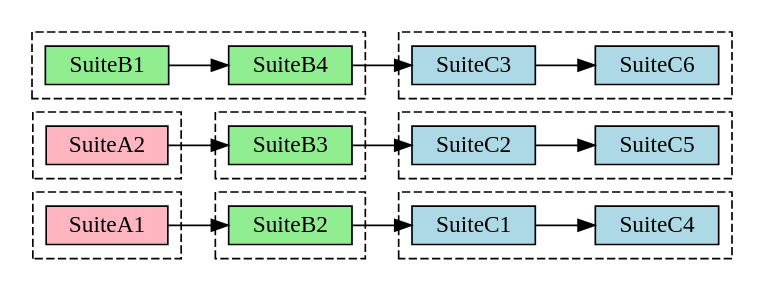
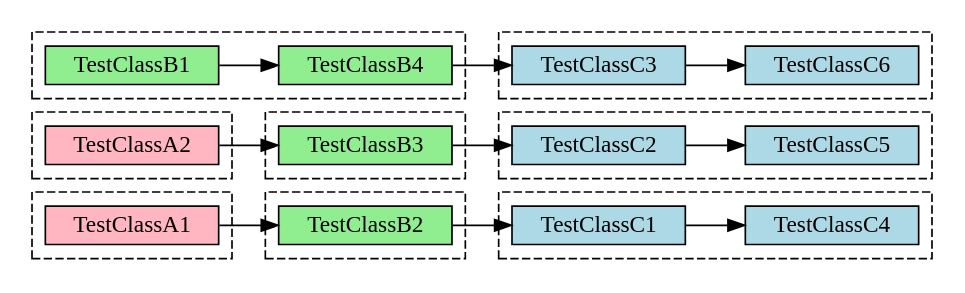
Before and after one commit to com-lihaoyi/mill: the fourth of 5 diagrams in website/blog/modules/ROOT/pages/11-jvm-test-parallelism.adoc, drawn with Graphviz. The commit also changed other lines of this file, not shown here.

````diff
--- a/website/blog/modules/ROOT/pages/11-jvm-test-parallelism.adoc
+++ b/website/blog/modules/ROOT/pages/11-jvm-test-parallelism.adoc
@@ -307,47 +316,47 @@
 ```graphviz
 digraph G {
   rankdir=LR
   node [shape=box width=0 height=0]
 
 
   style="dashed"
   subgraph cluster_a1 {
-    SuiteA1 [style=filled fillcolor=lightpink]
+    TestClassA1 [style=filled fillcolor=lightpink]
   }
   subgraph cluster_a2 {
-    SuiteA2 [style=filled fillcolor=lightpink]
+    TestClassA2 [style=filled fillcolor=lightpink]
   }
 
   subgraph cluster_b1 {
-    SuiteB1 [style=filled fillcolor=lightgreen]
-    SuiteB4 [style=filled fillcolor=lightgreen]
+    TestClassB1 [style=filled fillcolor=lightgreen]
+    TestClassB4 [style=filled fillcolor=lightgreen]
   }
   subgraph cluster_b2 {
-    SuiteB2 [style=filled fillcolor=lightgreen]
+    TestClassB2 [style=filled fillcolor=lightgreen]
   }
   subgraph cluster_b3 {
-    SuiteB3 [style=filled fillcolor=lightgreen]
+    TestClassB3 [style=filled fillcolor=lightgreen]
   }
 
   subgraph cluster_c1 {
-    SuiteC1 [style=filled fillcolor=lightblue]
-    SuiteC4 [style=filled fillcolor=lightblue]
+    TestClassC1 [style=filled fillcolor=lightblue]
+    TestClassC4 [style=filled fillcolor=lightblue]
   }
 
 
   subgraph cluster_c2 {
-    SuiteC2 [style=filled fillcolor=lightblue]
-    SuiteC5 [style=filled fillcolor=lightblue]
+    TestClassC2 [style=filled fillcolor=lightblue]
+    TestClassC5 [style=filled fillcolor=lightblue]
   }
 
   subgraph cluster_c3 {
-    SuiteC3 [style=filled fillcolor=lightblue]
-    SuiteC6 [style=filled fillcolor=lightblue]
+    TestClassC3 [style=filled fillcolor=lightblue]
+    TestClassC6 [style=filled fillcolor=lightblue]
   }
 
 
-  SuiteA1 -> SuiteB2 -> SuiteC1 -> SuiteC4
-  SuiteA2 -> SuiteB3 -> SuiteC2 -> SuiteC5
-  SuiteB1 -> SuiteB4 -> SuiteC3 -> SuiteC6
+  TestClassA1 -> TestClassB2 -> TestClassC1 -> TestClassC4
+  TestClassA2 -> TestClassB3 -> TestClassC2 -> TestClassC5
+  TestClassB1 -> TestClassB4 -> TestClassC3 -> TestClassC6
 }
 ```
````
